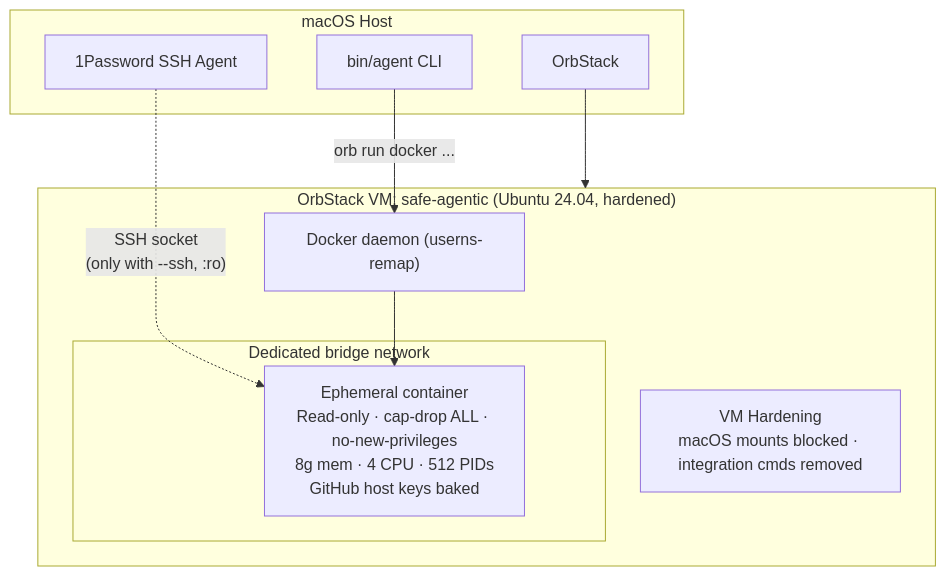
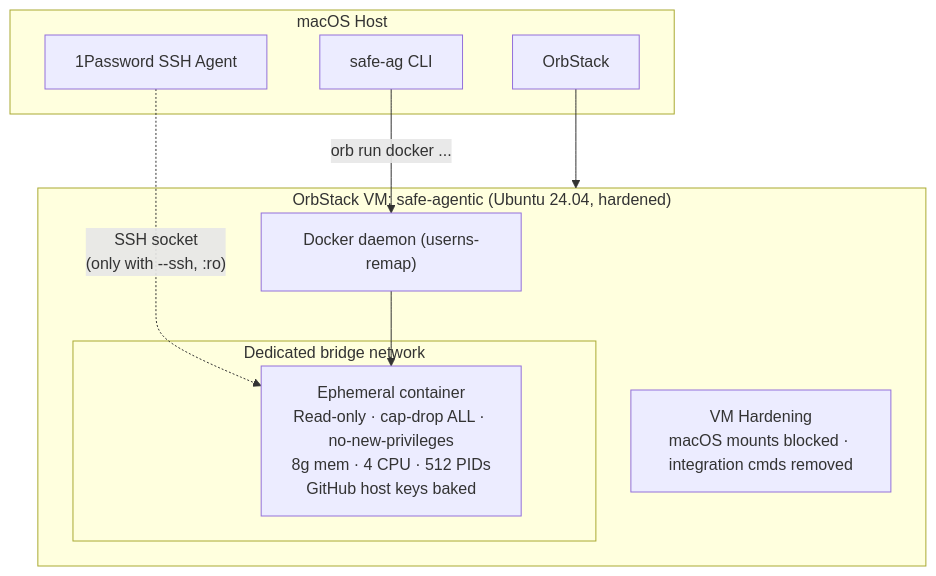
Before and after one commit to 0x666c6f/safe-agentic: the diagram in README.md, drawn with Mermaid. The commit also changed other lines of this file and 87 other files, not shown here.

````diff
--- a/README.md
+++ b/README.md
@@ -102,22 +98,22 @@
 ```mermaid
 graph TB
     subgraph mac["macOS Host"]
-        cli["bin/agent CLI"]
+        cli["safe-ag CLI"]
         op["1Password SSH Agent"]
         orb["OrbStack"]
     end
 
     subgraph vm["OrbStack VM: safe-agentic (Ubuntu 24.04, hardened)"]
         hard["VM Hardening<br/>macOS mounts blocked · integration cmds removed"]
         dockerd["Docker daemon (userns-remap)"]
 
         subgraph net1["Dedicated bridge network"]
             c1["Ephemeral container<br/>Read-only · cap-drop ALL · no-new-privileges<br/>8g mem · 4 CPU · 512 PIDs<br/>GitHub host keys baked"]
         end
     end
 
     cli -->|"orb run docker ..."| dockerd
     op -.->|"SSH socket<br/>(only with --ssh, :ro)"| c1
     dockerd --> c1
     orb --> vm
 ```
````
